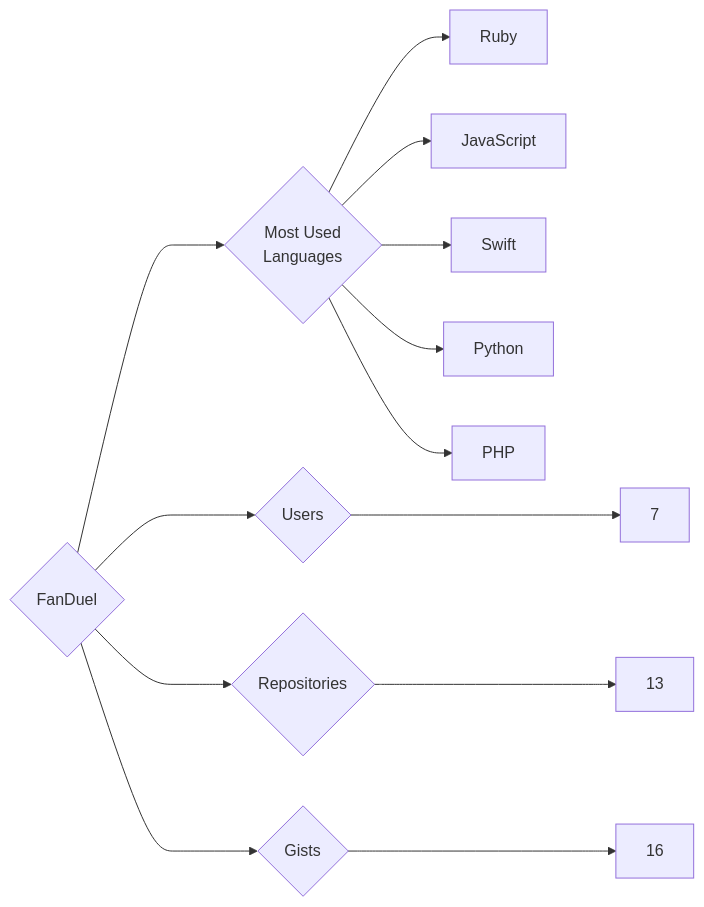
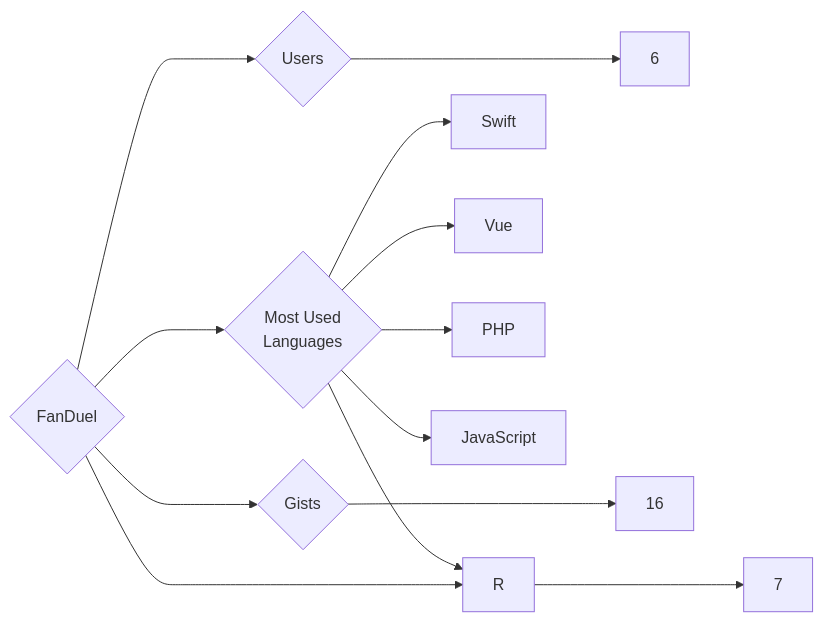
Before and after one commit to trickest/insiders: the diagram in targets/FanDuel/README.md, drawn with Mermaid. The commit also changed 1170 other files, not shown here.

````diff
--- a/targets/FanDuel/README.md
+++ b/targets/FanDuel/README.md
@@ -3,13 +3,13 @@
 ```mermaid
 graph LR
 COMPANY_NAME{FanDuel}
-COMPANY_NAME ---> U{Users} ---> UN[7]
-COMPANY_NAME ---> R{Repositories} ---> RN[13]
+COMPANY_NAME ---> U{Users} ---> UN[6]
+COMPANY_NAME ---> R{Repositories} ---> RN[7]
 COMPANY_NAME ---> G{Gists} ---> GN[16]
 COMPANY_NAME ---> ML{Most Used<br>Languages}
-ML --> Ruby[Ruby]
+ML --> Swift[Swift]
+ML --> Vue[Vue]
+ML --> R[R]
+ML --> PHP[PHP]
 ML --> JavaScript[JavaScript]
-ML --> Swift[Swift]
-ML --> Python[Python]
-ML --> PHP[PHP]
 ```
````
